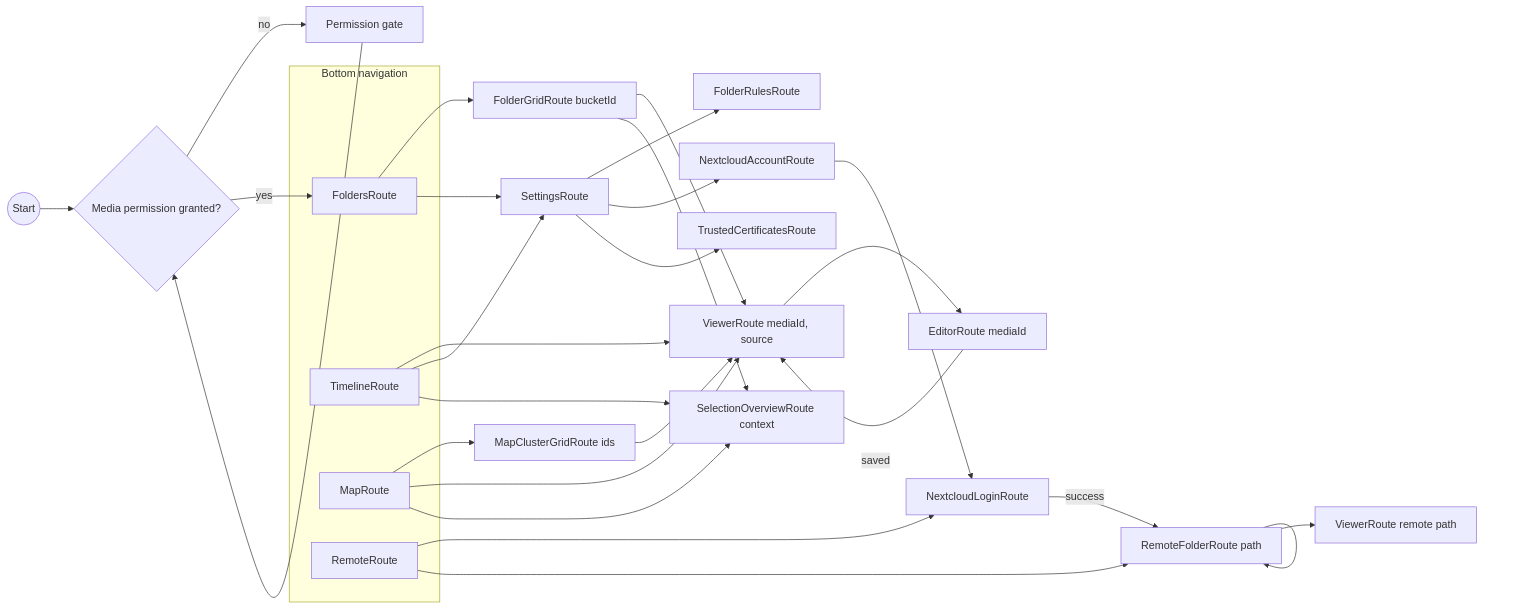
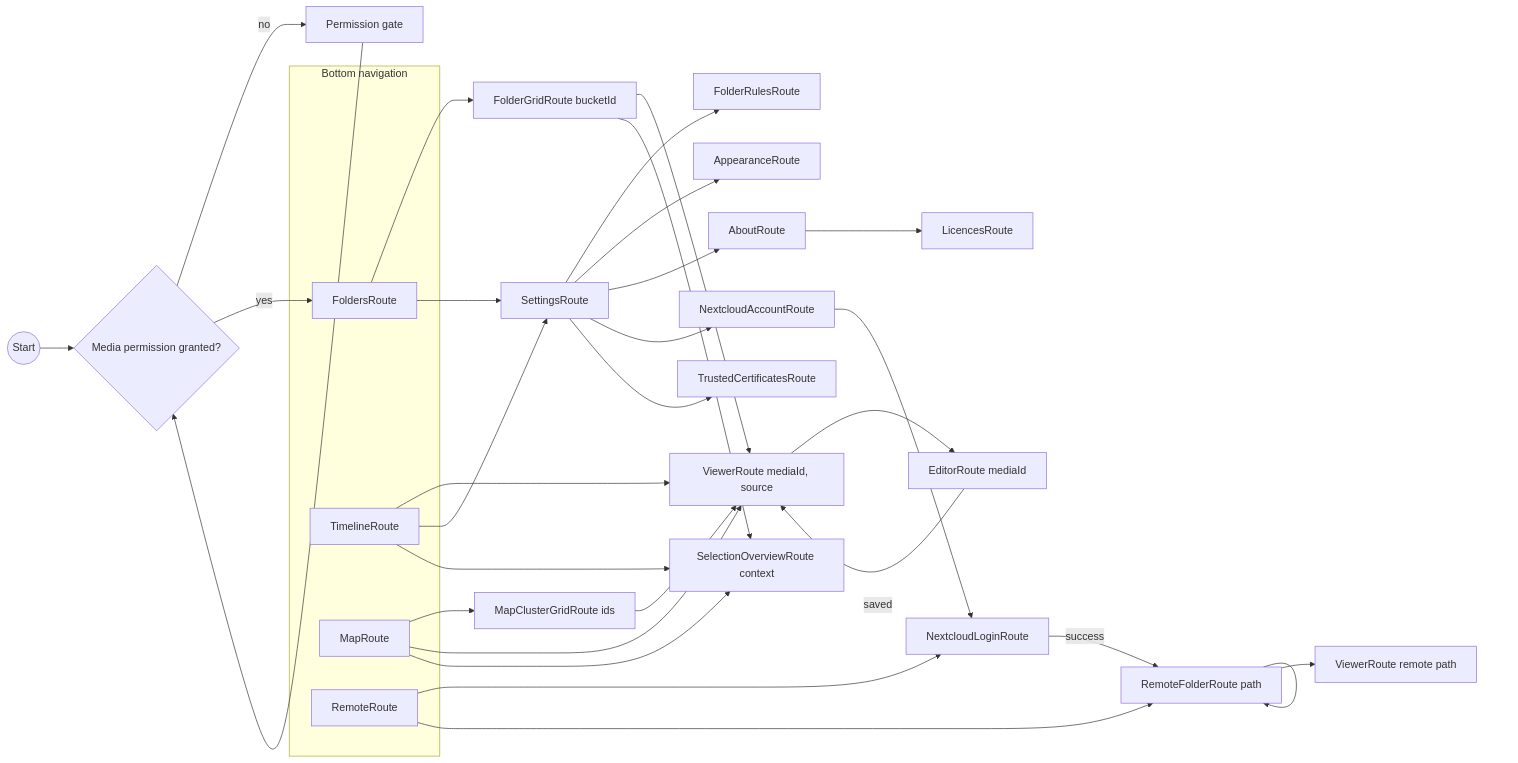
Diagram 12 of 12 in docs/ARCHITECTURE.md (drehtuer/NextGalleryApp), drawn with Mermaid before and after one commit. The commit also changed other lines of this file and 71 other files, not shown here.

First line of the commit message:
Add settings with folder rules, appearance and about

````diff
--- a/docs/ARCHITECTURE.md
+++ b/docs/ARCHITECTURE.md
@@ -767,39 +764,42 @@
 ```mermaid
 flowchart LR
     start(("Start")) --> perm{"Media permission granted?"}
     perm -- "no" --> PermissionScreen["Permission gate"]
     PermissionScreen --> perm
     perm -- "yes" --> Folders
 
     subgraph TopLevel["Bottom navigation"]
         Folders["FoldersRoute"]
         Timeline["TimelineRoute"]
         Map["MapRoute"]
         Remote["RemoteRoute"]
     end
 
     Folders --> FolderGrid["FolderGridRoute bucketId"]
     FolderGrid --> Viewer["ViewerRoute mediaId, source"]
     Timeline --> Viewer
     Map --> ClusterGrid["MapClusterGridRoute ids"]
     ClusterGrid --> Viewer
     Map --> Viewer
     Viewer --> Editor["EditorRoute mediaId"]
     Editor -- "saved" --> Viewer
 
     Remote --> Login["NextcloudLoginRoute"]
     Login -- "success" --> RemoteBrowser["RemoteFolderRoute path"]
     Remote --> RemoteBrowser
     RemoteBrowser --> RemoteBrowser
     RemoteBrowser --> RemoteViewer["ViewerRoute remote path"]
 
     Folders --> Settings["SettingsRoute"]
     Timeline --> Settings
     Settings --> FolderRules["FolderRulesRoute"]
+    Settings --> Appearance["AppearanceRoute"]
+    Settings --> About["AboutRoute"]
+    About --> Licences["LicencesRoute"]
     Settings --> Account["NextcloudAccountRoute"]
     Account --> Login
     Settings --> Certs["TrustedCertificatesRoute"]
     FolderGrid --> SelOverview["SelectionOverviewRoute context"]
     Timeline --> SelOverview
     Map --> SelOverview
 ```
````
